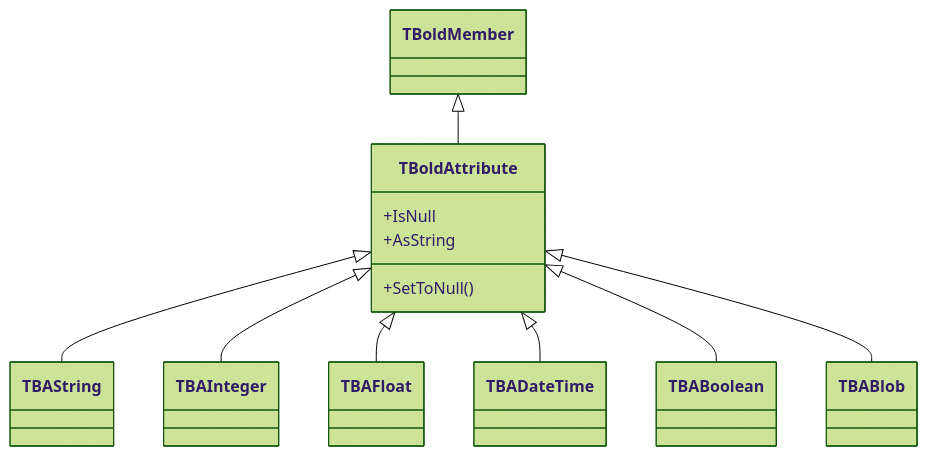
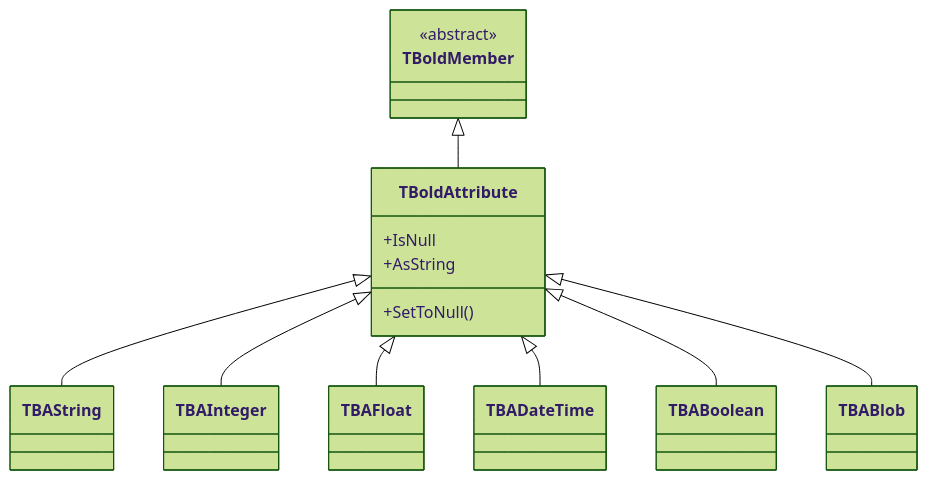
One commit to bero/BoldForDelphi changed the diagram in docs/classes/TBoldAttribute.md. Above: the diagram before and after it, drawn with Mermaid (forest theme). The commit also changed 7 other files, not shown here.

````diff
--- a/docs/classes/TBoldAttribute.md
+++ b/docs/classes/TBoldAttribute.md
@@ -7,14 +7,19 @@
 ```mermaid
 classDiagram
+    class TBoldMember {
+        <<abstract>>
+    }
     TBoldMember <|-- TBoldAttribute
     TBoldAttribute <|-- TBAString
     TBoldAttribute <|-- TBAInteger
     TBoldAttribute <|-- TBAFloat
     TBoldAttribute <|-- TBADateTime
     TBoldAttribute <|-- TBABoolean
     TBoldAttribute <|-- TBABlob
 
     TBoldAttribute : +IsNull
     TBoldAttribute : +SetToNull()
     TBoldAttribute : +AsString
+
+    click TBoldMember href "TBoldMember/" "TBoldMember documentation"
 ```
````
